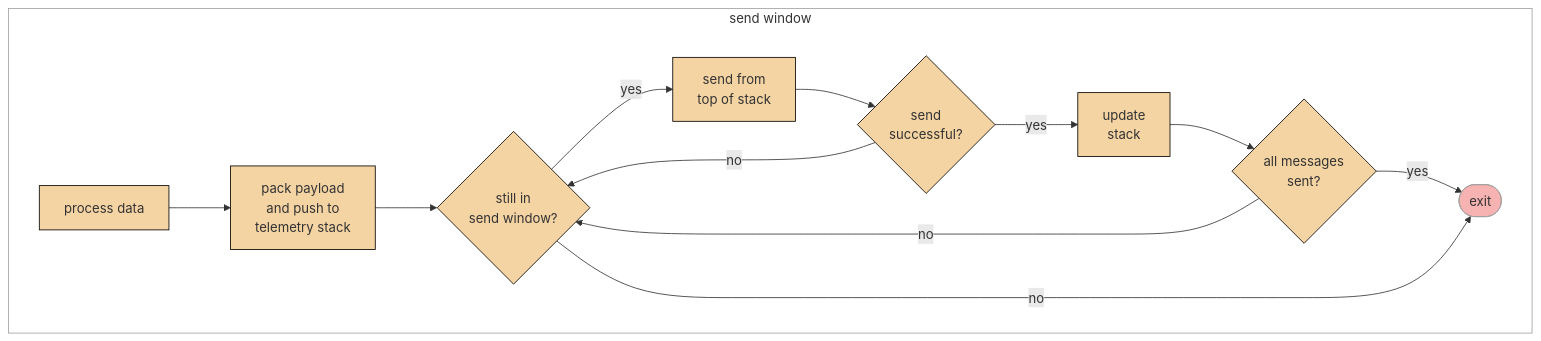
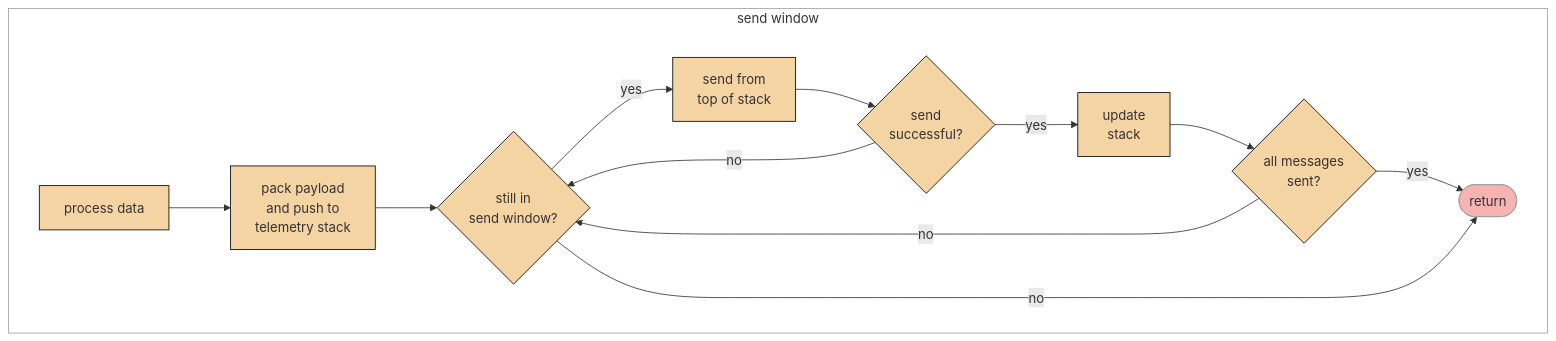
Before and after one commit to SASlabgroup/microSWIFT: the fifth of 5 diagrams in doc/Design.md, drawn with Mermaid. The commit also changed other lines of this file, not shown here.

Commit message:
changes exit to return

````diff
--- a/doc/Design.md
+++ b/doc/Design.md
@@ -162,26 +162,26 @@
 ```mermaid
 flowchart LR
     subgraph send_window["send window"]
     direction LR
     process["process data"]-->pack["pack payload<br/>and push to<br/>telemetry stack"]
             pack-->in_send{"still in<br/>send window?"}
             in_send-->|yes| send["send from<br/>top of stack"];
                 send-->send_successful{"send<br/>successful?"}
                     send_successful-->|yes| update_stack["update<br/>stack"]
                         update_stack-->all_sent{"all messages<br/>sent?"}
-                        all_sent-->|yes| exit([exit])
+                        all_sent-->|yes| return([return])
 
                         all_sent-->|no| in_send
 
                     send_successful-->|no| in_send
 
-            in_send-->|no| exit
+            in_send-->|no| return
     end
 
     classDef orange fill:#f5d4a4,stroke:#000000,stroke-width:1px
     classDef grey fill:#FFFFFF,stroke:#a3a0a0, stroke-width:1px
     classDef red fill:#f7b2b2, stroke:#a3a0a0, stroke-width:1px
     class send_window grey
     class process,pack,in_send,send,update_stack,all_sent,send_successful orange
-    class exit red
+    class return red
 ```
````
